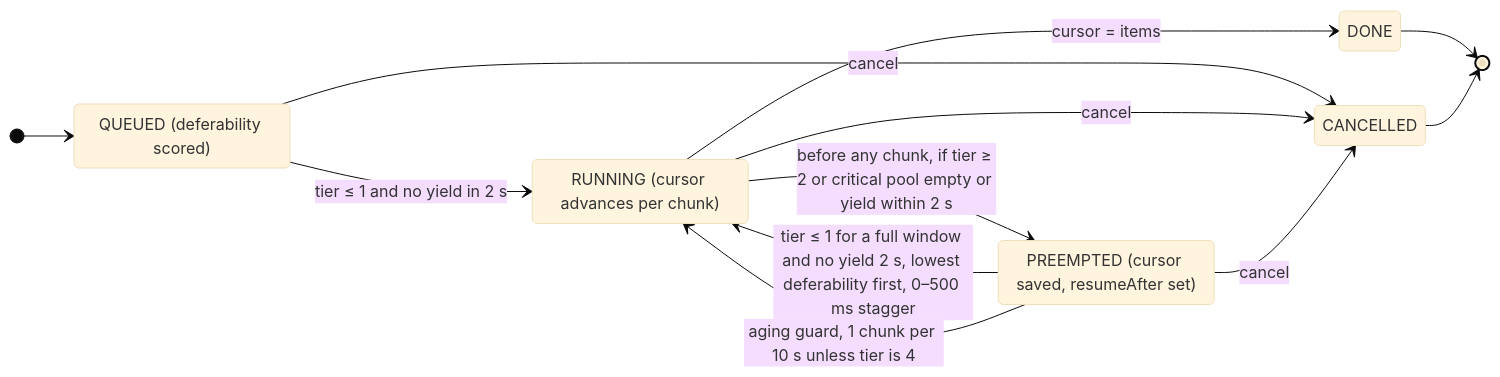
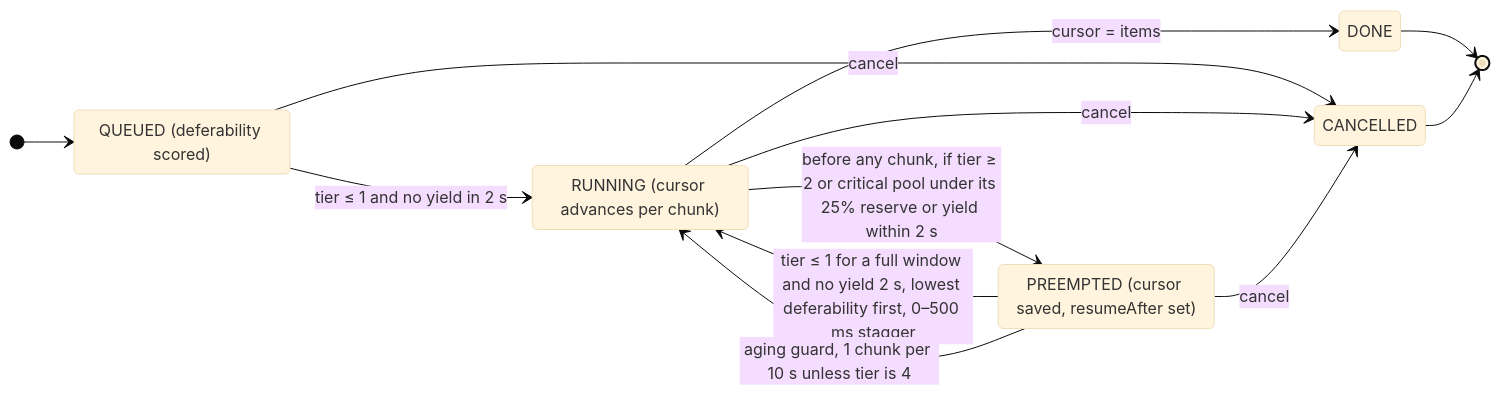
Before and after one commit to bharath-ramaprasad/infra-guardian: the fifth of 5 diagrams in docs/control-plane.md, drawn with Mermaid (base theme). The commit also changed other lines of this file and 34 other files, not shown here.

````diff
--- a/docs/control-plane.md
+++ b/docs/control-plane.md
@@ -159,19 +159,19 @@
 ```mermaid
 stateDiagram-v2
   direction LR
   QUEUED: QUEUED (deferability scored)
   RUNNING: RUNNING (cursor advances per chunk)
   PREEMPTED: PREEMPTED (cursor saved, resumeAfter set)
 
   [*] --> QUEUED
   QUEUED --> RUNNING: tier ≤ 1 and no yield in 2 s
-  RUNNING --> PREEMPTED: before any chunk, if tier ≥ 2 or critical pool empty or yield within 2 s
+  RUNNING --> PREEMPTED: before any chunk, if tier ≥ 2 or critical pool under its 25% reserve or yield within 2 s
   PREEMPTED --> RUNNING: tier ≤ 1 for a full window and no yield 2 s, lowest deferability first, 0–500 ms stagger
   PREEMPTED --> RUNNING: aging guard, 1 chunk per 10 s unless tier is 4
   RUNNING --> DONE: cursor = items
   QUEUED --> CANCELLED: cancel
   RUNNING --> CANCELLED: cancel
   PREEMPTED --> CANCELLED: cancel
   DONE --> [*]
   CANCELLED --> [*]
 ```
````
